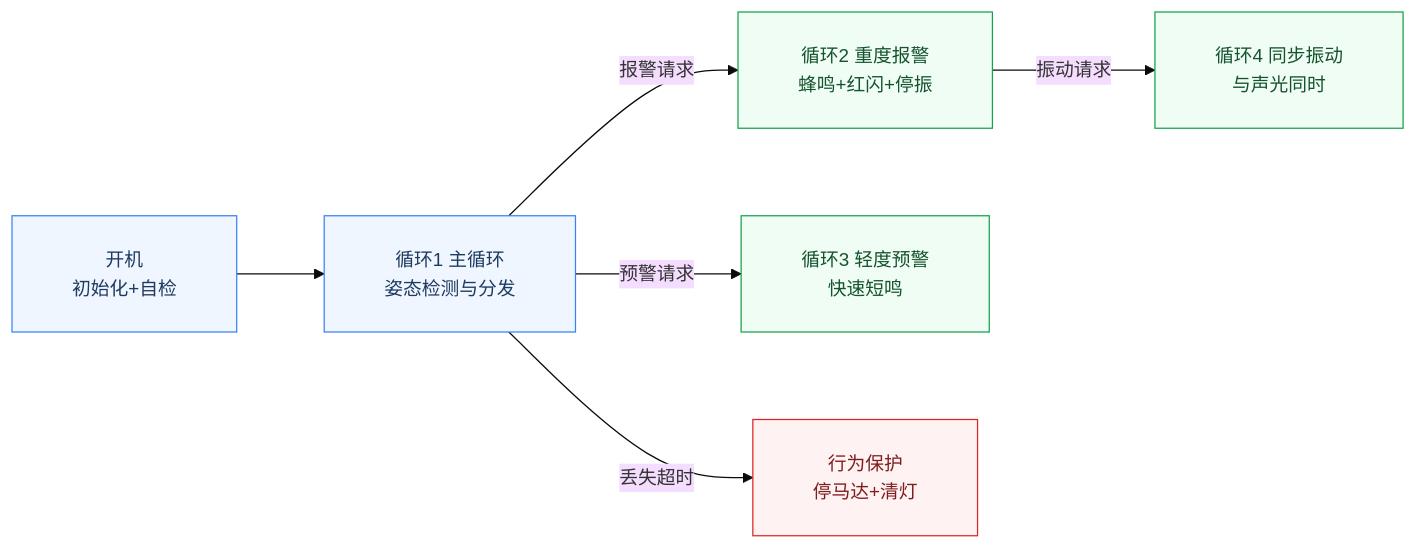
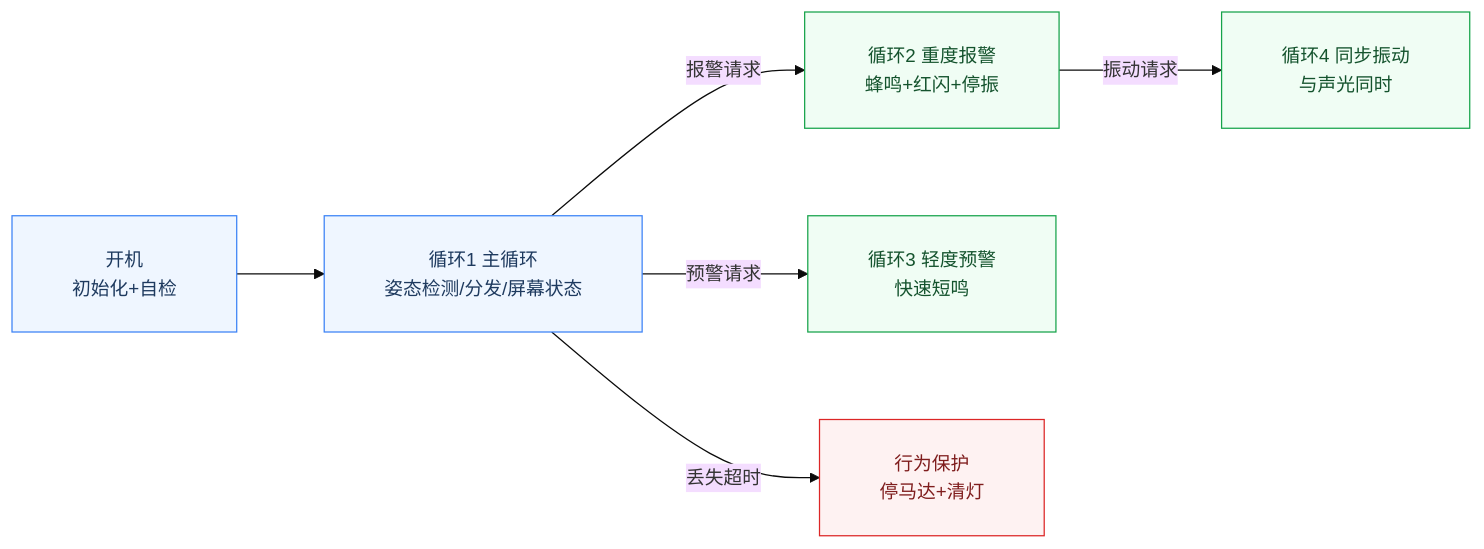
Before and after one commit to Gsjsjzhznsz/driver: the first of 3 diagrams in README.md, drawn with Mermaid. The commit also changed other lines of this file and 2 other files, not shown here.

````diff
--- a/README.md
+++ b/README.md
@@ -91,15 +108,15 @@
 ```mermaid
 %%{init: {"theme":"base","themeVariables":{"fontSize":"15px"},"flowchart":{"curve":"basis","padding":24,"nodeSpacing":70,"rankSpacing":70}}}%%
 flowchart LR
-    BOOT["开机<br>初始化+自检"] --> L1["循环1 主循环<br>姿态检测与分发"]
+    BOOT["开机<br>初始化+自检"] --> L1["循环1 主循环<br>姿态检测/分发/屏幕状态"]
     L1 -->|"报警请求"| L2["循环2 重度报警<br>蜂鸣+红闪+停振"]
     L1 -->|"预警请求"| L3["循环3 轻度预警<br>快速短鸣"]
     L2 -->|"振动请求"| L4["循环4 同步振动<br>与声光同时"]
     L1 -->|"丢失超时"| STOP["行为保护<br>停马达+清灯"]
     classDef normal fill:#EFF6FF,stroke:#3B82F6,color:#1E3A5F
     classDef flag fill:#F0FDF4,stroke:#16A34A,color:#14532D
     classDef danger fill:#FEF2F2,stroke:#DC2626,color:#7F1D1D
     class BOOT,L1 normal
     class L2,L3,L4 flag
     class STOP danger
 ```
````
